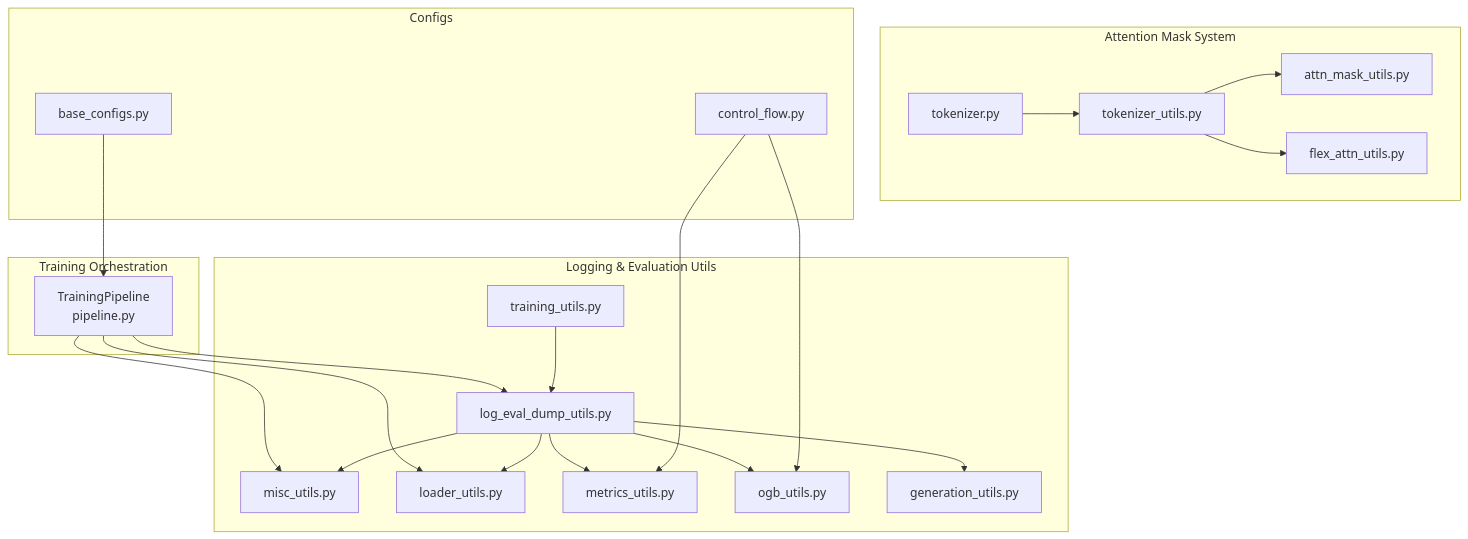
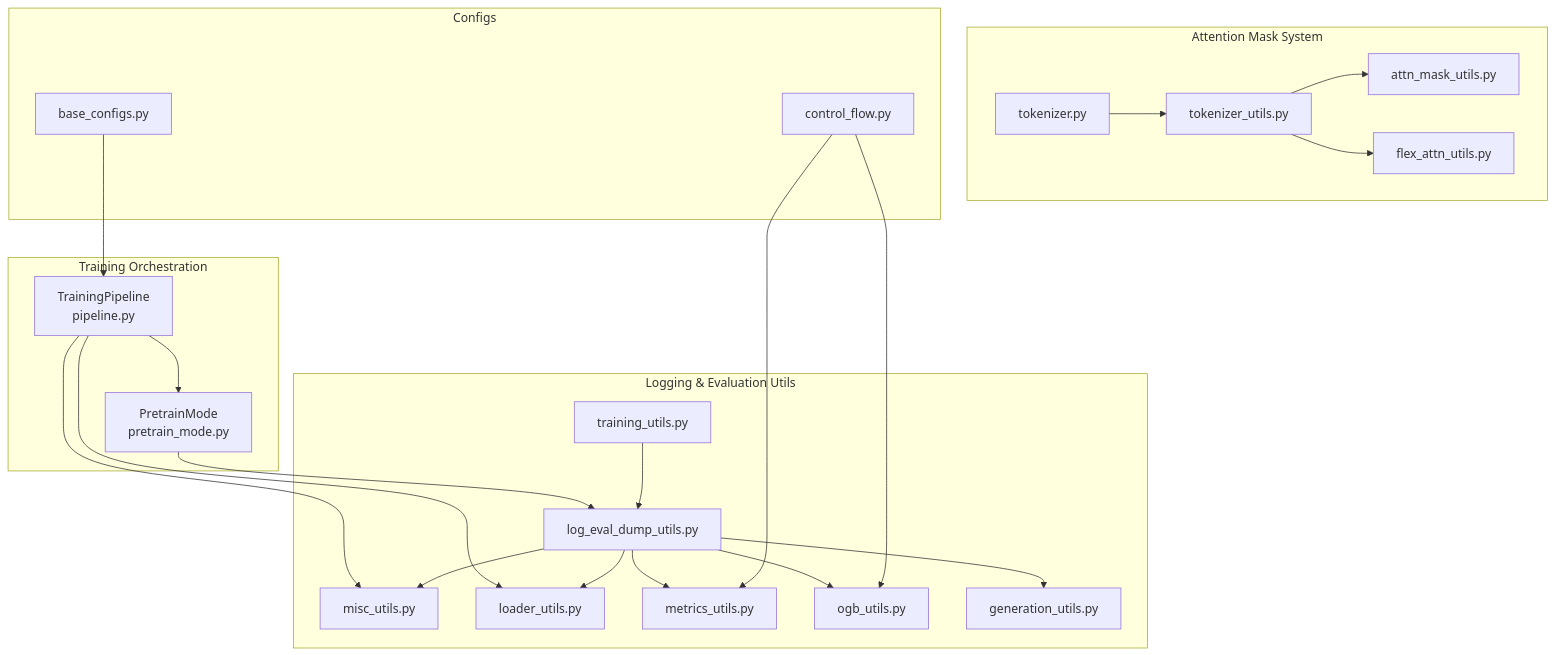
Before and after one commit to alibaba/graph-gpt: the first of 11 diagrams in .qoder/repowiki/en/content/Utility Functions/Logging & Evaluation.md, drawn with Mermaid. The commit also changed other lines of this file and 7 other files, not shown here.

````diff
--- a/.qoder/repowiki/en/content/Utility Functions/Logging & Evaluation.md
+++ b/.qoder/repowiki/en/content/Utility Functions/Logging & Evaluation.md
@@ -64,40 +65,42 @@
 ```mermaid
 graph TB
 subgraph "Training Orchestration"
 P["TrainingPipeline<br/>pipeline.py"]
+PM["PretrainMode<br/>pretrain_mode.py"]
 end
 subgraph "Logging & Evaluation Utils"
 LEDU["log_eval_dump_utils.py"]
 MU["misc_utils.py"]
 LGU["loader_utils.py"]
 MET["metrics_utils.py"]
 OGB["ogb_utils.py"]
 GU["generation_utils.py"]
 TU["training_utils.py"]
 end
 subgraph "Attention Mask System"
 AMU["attn_mask_utils.py"]
 FAU["flex_attn_utils.py"]
 TKU["tokenizer_utils.py"]
 TK["tokenizer.py"]
 end
 subgraph "Configs"
 BC["base_configs.py"]
 CF["control_flow.py"]
 end
-P --> LEDU
+P --> PM
+PM --> LEDU
 P --> MU
 P --> LGU
 LEDU --> MET
 LEDU --> OGB
 LEDU --> LGU
 LEDU --> MU
 LEDU --> GU
 TU --> LEDU
 BC --> P
 CF --> MET
 CF --> OGB
 TKU --> AMU
 TKU --> FAU
 TK --> TKU
 ```
````
